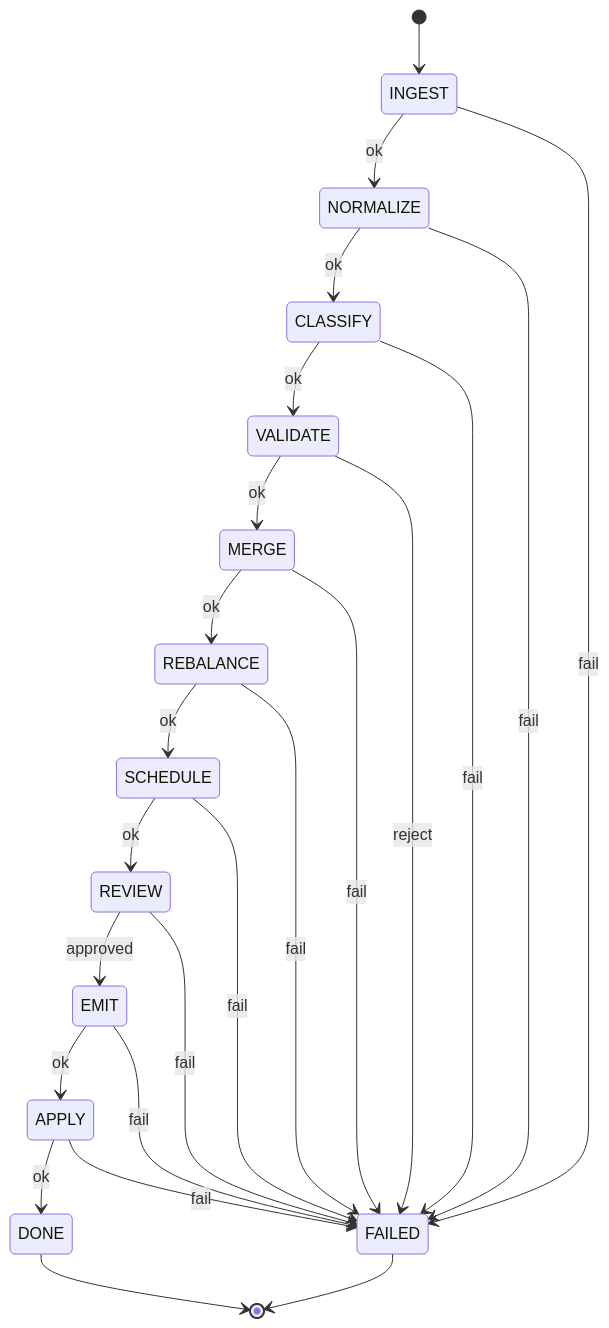
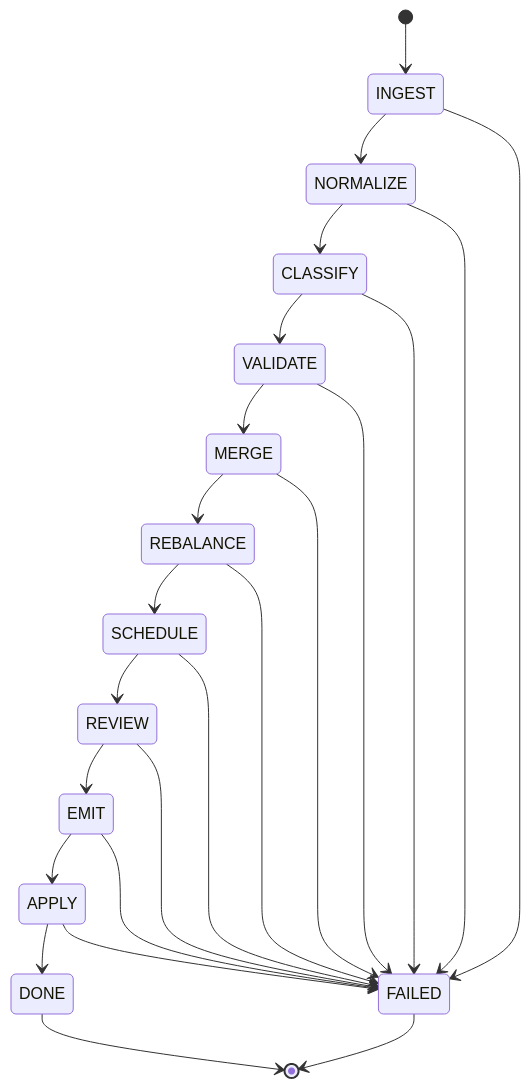
The diagram in docs/diagrams/orchestration-fsm.mmd (flyingrobots/xyph), drawn with Mermaid before and after one commit. The commit also changed 12 other files, not shown here.

First line of the commit message:
fix: address remaining CodeRabbit PR feedback — docs, diagrams, formatting

```diff
--- a/docs/diagrams/orchestration-fsm.mmd
+++ b/docs/diagrams/orchestration-fsm.mmd
@@ -1,34 +1,34 @@
 stateDiagram-v2
     [*] --> INGEST
-    INGEST --> NORMALIZE: ok
-    INGEST --> FAILED: fail
+    INGEST --> NORMALIZE
+    INGEST --> FAILED
 
-    NORMALIZE --> CLASSIFY: ok
-    NORMALIZE --> FAILED: fail
+    NORMALIZE --> CLASSIFY
+    NORMALIZE --> FAILED
 
-    CLASSIFY --> VALIDATE: ok
-    CLASSIFY --> FAILED: fail
+    CLASSIFY --> VALIDATE
+    CLASSIFY --> FAILED
 
-    VALIDATE --> MERGE: ok
-    VALIDATE --> FAILED: reject
+    VALIDATE --> MERGE
+    VALIDATE --> FAILED
 
-    MERGE --> REBALANCE: ok
-    MERGE --> FAILED: fail
+    MERGE --> REBALANCE
+    MERGE --> FAILED
 
-    REBALANCE --> SCHEDULE: ok
-    REBALANCE --> FAILED: fail
+    REBALANCE --> SCHEDULE
+    REBALANCE --> FAILED
 
-    SCHEDULE --> REVIEW: ok
-    SCHEDULE --> FAILED: fail
+    SCHEDULE --> REVIEW
+    SCHEDULE --> FAILED
 
-    REVIEW --> EMIT: approved
-    REVIEW --> FAILED: fail
+    REVIEW --> EMIT
+    REVIEW --> FAILED
 
-    EMIT --> APPLY: ok
-    EMIT --> FAILED: fail
+    EMIT --> APPLY
+    EMIT --> FAILED
 
-    APPLY --> DONE: ok
-    APPLY --> FAILED: fail
+    APPLY --> DONE
+    APPLY --> FAILED
 
     DONE --> [*]
     FAILED --> [*]
```
